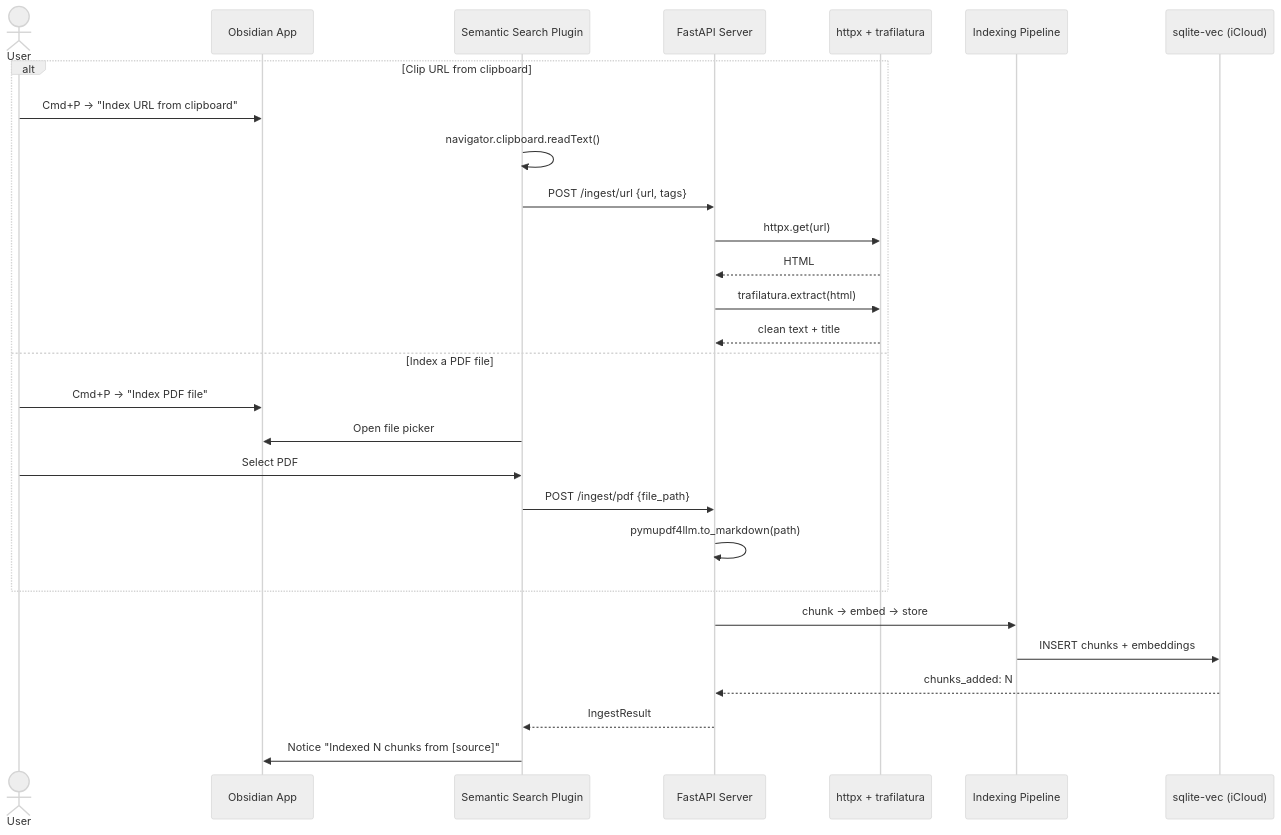
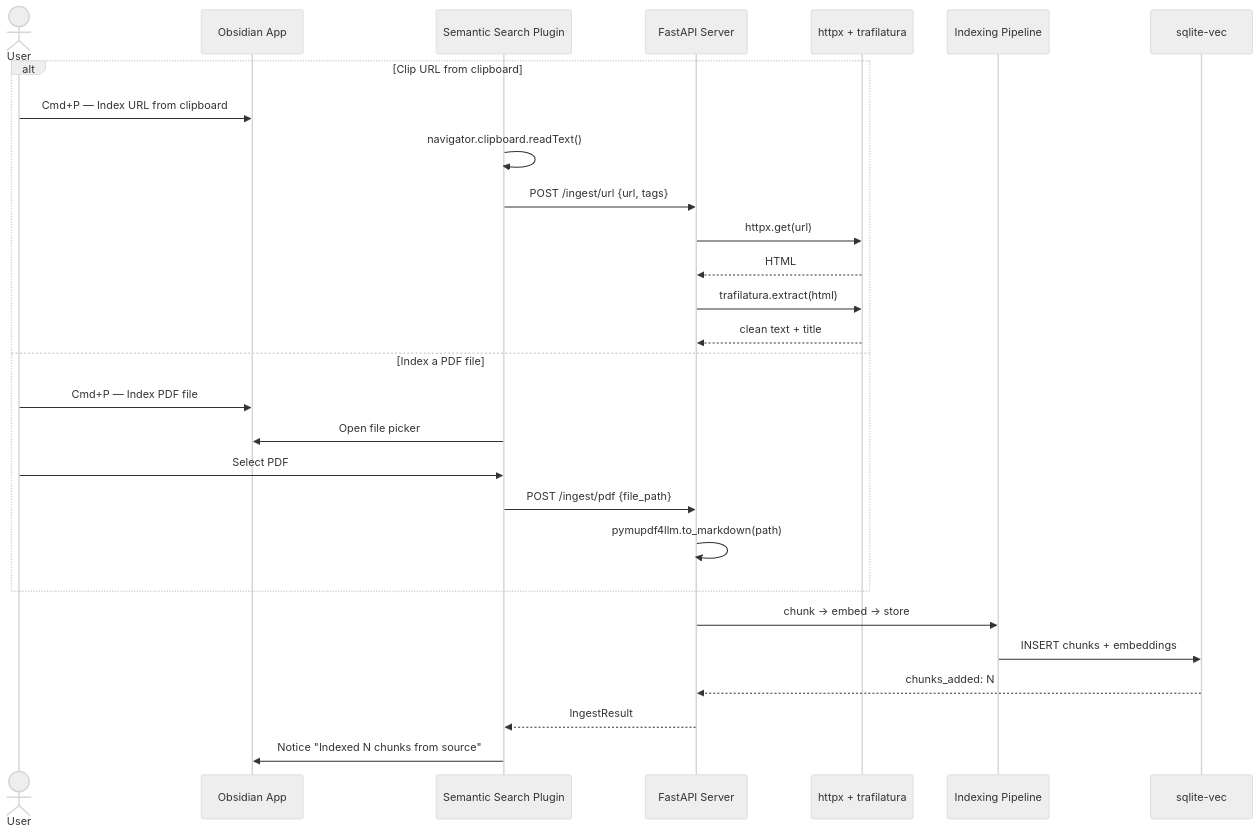
One commit to unnitin/obsidian-mcp changed the third of 7 diagrams in docs/userflows.md. Above: the diagram before and after it, drawn with Mermaid (neutral theme). The commit also changed other lines of this file and 8 other files, not shown here.

````diff
--- a/docs/userflows.md
+++ b/docs/userflows.md
@@ -96,32 +97,32 @@
 ```mermaid
 sequenceDiagram
     actor User
     participant Obsidian as Obsidian App
     participant Plugin as Semantic Search Plugin
     participant API as FastAPI Server
     participant Fetch as httpx + trafilatura
     participant Pipeline as Indexing Pipeline
-    participant DB as sqlite-vec (iCloud)
+    participant DB as sqlite-vec
 
     alt Clip URL from clipboard
-        User->>Obsidian: Cmd+P → "Index URL from clipboard"
+        User->>Obsidian: Cmd+P — Index URL from clipboard
         Plugin->>Plugin: navigator.clipboard.readText()
         Plugin->>API: POST /ingest/url {url, tags}
         API->>Fetch: httpx.get(url)
         Fetch-->>API: HTML
         API->>Fetch: trafilatura.extract(html)
         Fetch-->>API: clean text + title
     else Index a PDF file
-        User->>Obsidian: Cmd+P → "Index PDF file"
+        User->>Obsidian: Cmd+P — Index PDF file
         Plugin->>Obsidian: Open file picker
         User->>Plugin: Select PDF
         Plugin->>API: POST /ingest/pdf {file_path}
         API->>API: pymupdf4llm.to_markdown(path)
     end
 
     API->>Pipeline: chunk → embed → store
     Pipeline->>DB: INSERT chunks + embeddings
     DB-->>API: chunks_added: N
     API-->>Plugin: IngestResult
-    Plugin->>Obsidian: Notice "Indexed N chunks from [source]"
+    Plugin->>Obsidian: Notice "Indexed N chunks from source"
 ```
````
